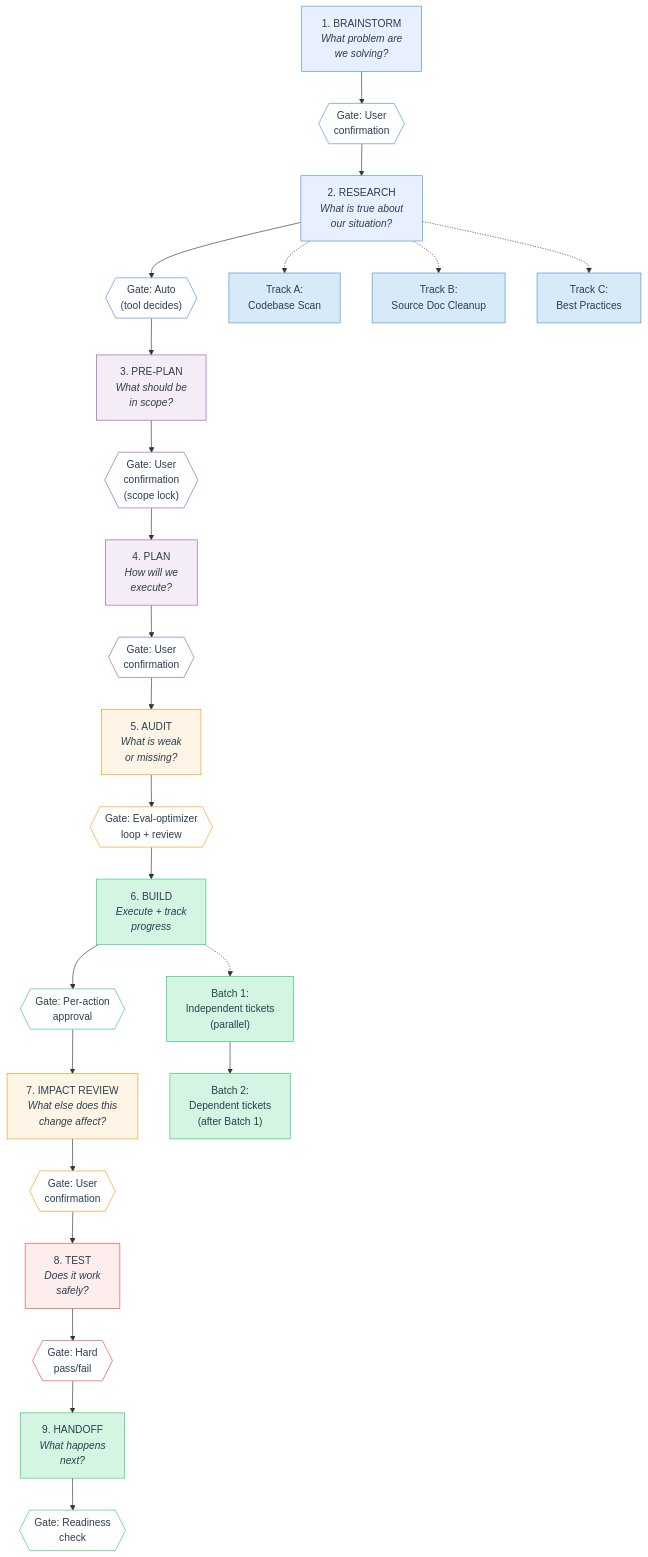
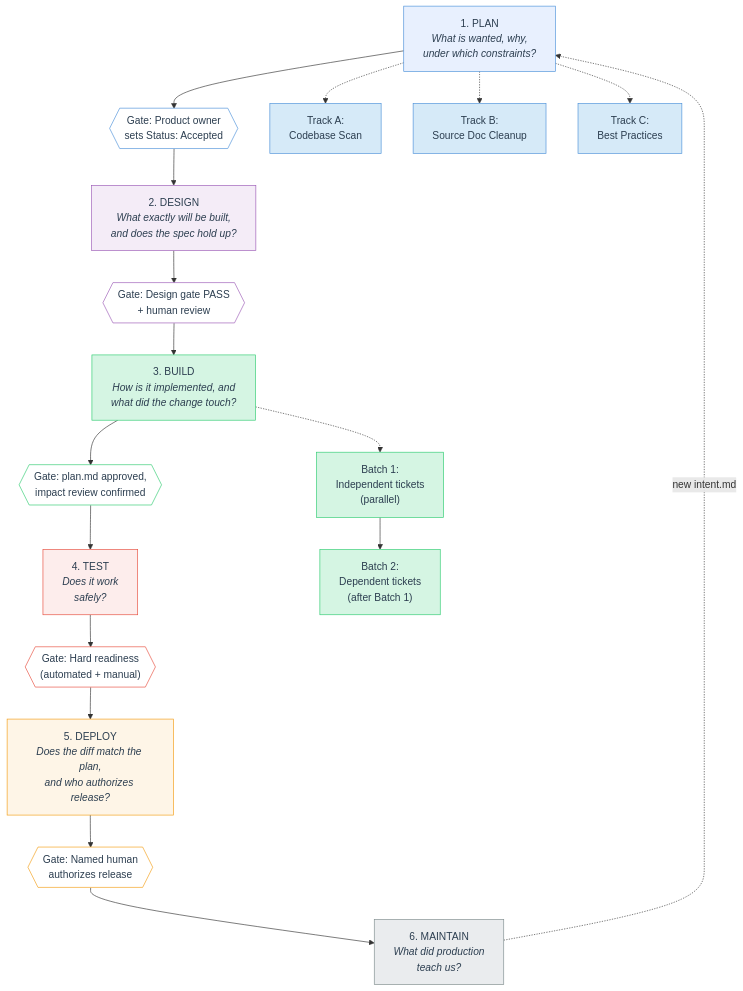
The second of 13 diagrams in METHODOLOGY.md (krwhynot/deepgrade), drawn with Mermaid before and after one commit. The commit also changed other lines of this file and 30 other files, not shown here.

````diff
--- a/METHODOLOGY.md
+++ b/METHODOLOGY.md
@@ -224,69 +227,54 @@
 ```mermaid
 flowchart TB
-    P1["1. BRAINSTORM<br/><i>What problem are<br/>we solving?</i>"]
-    P2["2. RESEARCH<br/><i>What is true about<br/>our situation?</i>"]
-    P3["3. PRE-PLAN<br/><i>What should be<br/>in scope?</i>"]
-    P4["4. PLAN<br/><i>How will we<br/>execute?</i>"]
-    P5["5. AUDIT<br/><i>What is weak<br/>or missing?</i>"]
-    P6["6. BUILD<br/><i>Execute + track<br/>progress</i>"]
-    P7["7. IMPACT REVIEW<br/><i>What else does this<br/>change affect?</i>"]
-    P8["8. TEST<br/><i>Does it work<br/>safely?</i>"]
-    P9["9. HANDOFF<br/><i>What happens<br/>next?</i>"]
+    S1["1. PLAN<br/><i>What is wanted, why,<br/>under which constraints?</i>"]
+    S2["2. DESIGN<br/><i>What exactly will be built,<br/>and does the spec hold up?</i>"]
+    S3["3. BUILD<br/><i>How is it implemented, and<br/>what did the change touch?</i>"]
+    S4["4. TEST<br/><i>Does it work<br/>safely?</i>"]
+    S5["5. DEPLOY<br/><i>Does the diff match the plan,<br/>and who authorizes release?</i>"]
+    S6["6. MAINTAIN<br/><i>What did production<br/>teach us?</i>"]
 
-    G1{{"Gate: User<br/>confirmation"}}
-    G2{{"Gate: Auto<br/>(tool decides)"}}
-    G3{{"Gate: User<br/>confirmation<br/>(scope lock)"}}
-    G4{{"Gate: User<br/>confirmation"}}
-    G5{{"Gate: Eval-optimizer<br/>loop + review"}}
-    G6{{"Gate: Per-action<br/>approval"}}
-    G7{{"Gate: User<br/>confirmation"}}
-    G8{{"Gate: Hard<br/>pass/fail"}}
-    G9{{"Gate: Readiness<br/>check"}}
+    G1{{"Gate: Product owner<br/>sets Status: Accepted"}}
+    G2{{"Gate: Design gate PASS<br/>+ human review"}}
+    G3{{"Gate: plan.md approved,<br/>impact review confirmed"}}
+    G4{{"Gate: Hard readiness<br/>(automated + manual)"}}
+    G5{{"Gate: Named human<br/>authorizes release"}}
 
-    P1 --> G1 --> P2
-    P2 --> G2 --> P3
-    P3 --> G3 --> P4
-    P4 --> G4 --> P5
-    P5 --> G5 --> P6
-    P6 --> G6 --> P7
-    P7 --> G7 --> P8
-    P8 --> G8 --> P9
-    P9 --> G9
+    S1 --> G1 --> S2
+    S2 --> G2 --> S3
+    S3 --> G3 --> S4
+    S4 --> G4 --> S5
+    S5 --> G5 --> S6
 
-    %% Parallel tracks in Research
-    P2a["Track A:<br/>Codebase Scan"]
-    P2b["Track B:<br/>Source Doc Cleanup"]
-    P2c["Track C:<br/>Best Practices"]
-    P2 -.-> P2a & P2b & P2c
+    %% Parallel research tracks in Plan
+    S1a["Track A:<br/>Codebase Scan"]
+    S1b["Track B:<br/>Source Doc Cleanup"]
+    S1c["Track C:<br/>Best Practices"]
+    S1 -.-> S1a & S1b & S1c
 
     %% Build parallelism
-    P6a["Batch 1:<br/>Independent tickets<br/>(parallel)"]
-    P6b["Batch 2:<br/>Dependent tickets<br/>(after Batch 1)"]
-    P6 -.-> P6a --> P6b
+    S3a["Batch 1:<br/>Independent tickets<br/>(parallel)"]
+    S3b["Batch 2:<br/>Dependent tickets<br/>(after Batch 1)"]
+    S3 -.-> S3a --> S3b
 
-    style P1 fill:#E8F0FE,stroke:#4A90D9,color:#2C3E50
-    style P2 fill:#E8F0FE,stroke:#4A90D9,color:#2C3E50
-    style P3 fill:#F4ECF7,stroke:#9B59B6,color:#2C3E50
-    style P4 fill:#F4ECF7,stroke:#9B59B6,color:#2C3E50
-    style P5 fill:#FEF5E7,stroke:#F39C12,color:#2C3E50
-    style P6 fill:#D5F5E3,stroke:#2ECC71,color:#2C3E50
-    style P7 fill:#FEF5E7,stroke:#F39C12,color:#2C3E50
-    style P8 fill:#FDEDEC,stroke:#E74C3C,color:#2C3E50
-    style P9 fill:#D5F5E3,stroke:#2ECC71,color:#2C3E50
+    %% The loop closes
+    S6 -. "new intent.md" .-> S1
+
+    style S1 fill:#E8F0FE,stroke:#4A90D9,color:#2C3E50
+    style S2 fill:#F4ECF7,stroke:#9B59B6,color:#2C3E50
+    style S3 fill:#D5F5E3,stroke:#2ECC71,color:#2C3E50
+    style S4 fill:#FDEDEC,stroke:#E74C3C,color:#2C3E50
+    style S5 fill:#FEF5E7,stroke:#F39C12,color:#2C3E50
+    style S6 fill:#EAECEE,stroke:#7F8C8D,color:#2C3E50
 
     style G1 fill:#fff,stroke:#4A90D9,color:#2C3E50
-    style G2 fill:#fff,stroke:#4A90D9,color:#2C3E50
-    style G3 fill:#fff,stroke:#9B59B6,color:#2C3E50
-    style G4 fill:#fff,stroke:#9B59B6,color:#2C3E50
+    style G2 fill:#fff,stroke:#9B59B6,color:#2C3E50
+    style G3 fill:#fff,stroke:#2ECC71,color:#2C3E50
+    style G4 fill:#fff,stroke:#E74C3C,color:#2C3E50
     style G5 fill:#fff,stroke:#F39C12,color:#2C3E50
-    style G6 fill:#fff,stroke:#2ECC71,color:#2C3E50
-    style G7 fill:#fff,stroke:#F39C12,color:#2C3E50
-    style G8 fill:#fff,stroke:#E74C3C,color:#2C3E50
-    style G9 fill:#fff,stroke:#2ECC71,color:#2C3E50
 
-    style P2a fill:#D6EAF8,stroke:#4A90D9,color:#2C3E50
-    style P2b fill:#D6EAF8,stroke:#4A90D9,color:#2C3E50
-    style P2c fill:#D6EAF8,stroke:#4A90D9,color:#2C3E50
-    style P6a fill:#D5F5E3,stroke:#2ECC71,color:#2C3E50
-    style P6b fill:#D5F5E3,stroke:#2ECC71,color:#2C3E50
+    style S1a fill:#D6EAF8,stroke:#4A90D9,color:#2C3E50
+    style S1b fill:#D6EAF8,stroke:#4A90D9,color:#2C3E50
+    style S1c fill:#D6EAF8,stroke:#4A90D9,color:#2C3E50
+    style S3a fill:#D5F5E3,stroke:#2ECC71,color:#2C3E50
+    style S3b fill:#D5F5E3,stroke:#2ECC71,color:#2C3E50
 ```
````
